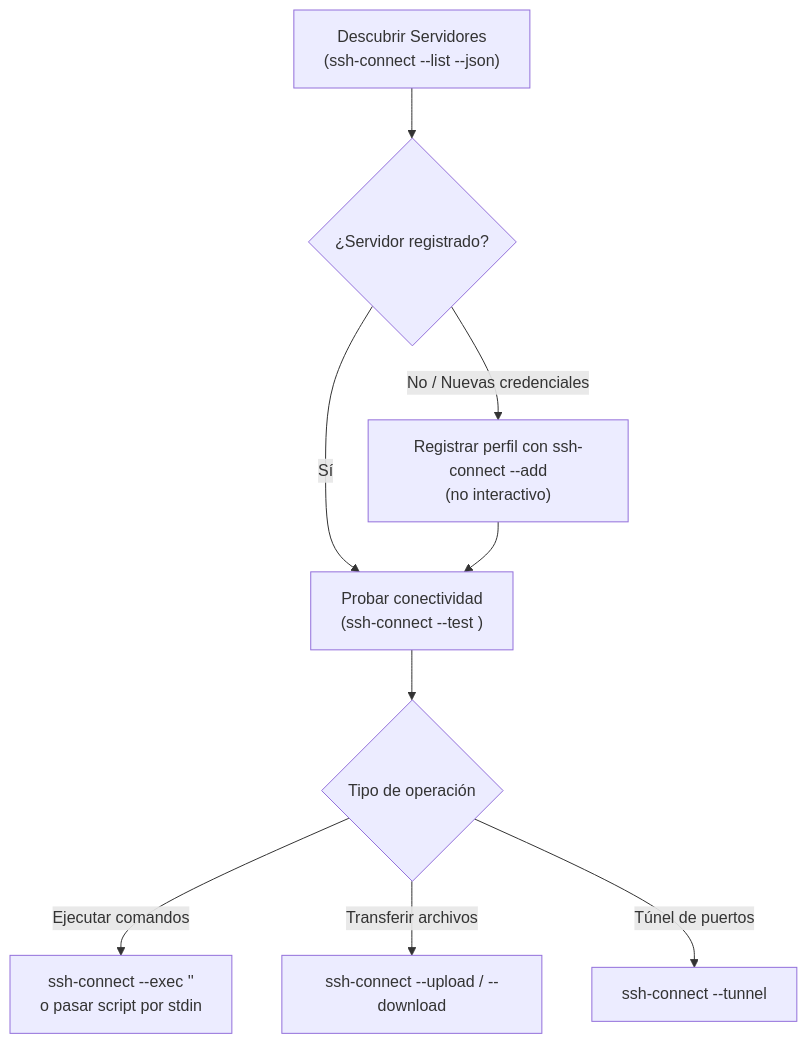
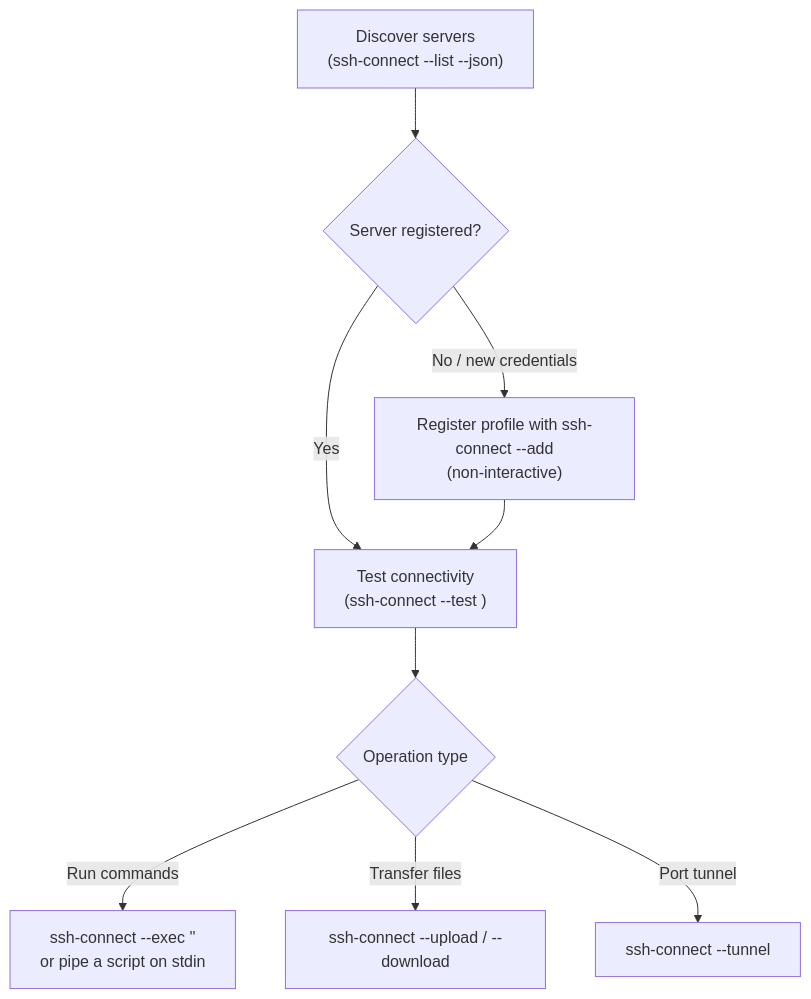
The diagram in skills/tooling/ssh-connect/SKILL.md (bryanus1/agent-skills), drawn with Mermaid before and after one commit. The commit also changed other lines of this file and 9 other files, not shown here.

First line of the commit message:
docs(tooling): translate ts-import-organizer and ssh-connect to English (#27)

````diff
--- a/skills/tooling/ssh-connect/SKILL.md
+++ b/skills/tooling/ssh-connect/SKILL.md
@@ -36,11 +39,11 @@
 ```mermaid
 flowchart TD
-    A["Descubrir Servidores\n(ssh-connect --list --json)"] --> B{"¿Servidor registrado?"}
-    B -- "No / Nuevas credenciales" --> C["Registrar perfil con ssh-connect --add\n(no interactivo)"]
-    B -- "Sí" --> D["Probar conectividad\n(ssh-connect --test <alias>)"]
+    A["Discover servers\n(ssh-connect --list --json)"] --> B{"Server registered?"}
+    B -- "No / new credentials" --> C["Register profile with ssh-connect --add\n(non-interactive)"]
+    B -- "Yes" --> D["Test connectivity\n(ssh-connect --test <alias>)"]
     C --> D
-    D --> E{"Tipo de operación"}
-    E -- "Ejecutar comandos" --> F["ssh-connect --exec <alias> '<comando>'\no pasar script por stdin"]
-    E -- "Transferir archivos" --> G["ssh-connect --upload / --download"]
-    E -- "Túnel de puertos" --> H["ssh-connect --tunnel <alias> <puertos>"]
+    D --> E{"Operation type"}
+    E -- "Run commands" --> F["ssh-connect --exec <alias> '<command>'\nor pipe a script on stdin"]
+    E -- "Transfer files" --> G["ssh-connect --upload / --download"]
+    E -- "Port tunnel" --> H["ssh-connect --tunnel <alias> <ports>"]
 ```
````
